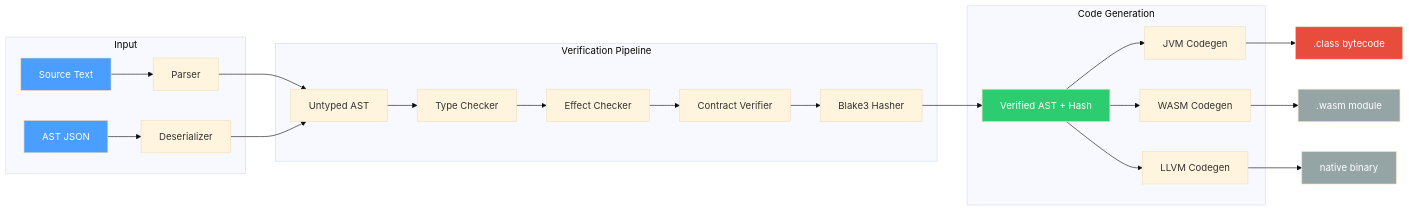
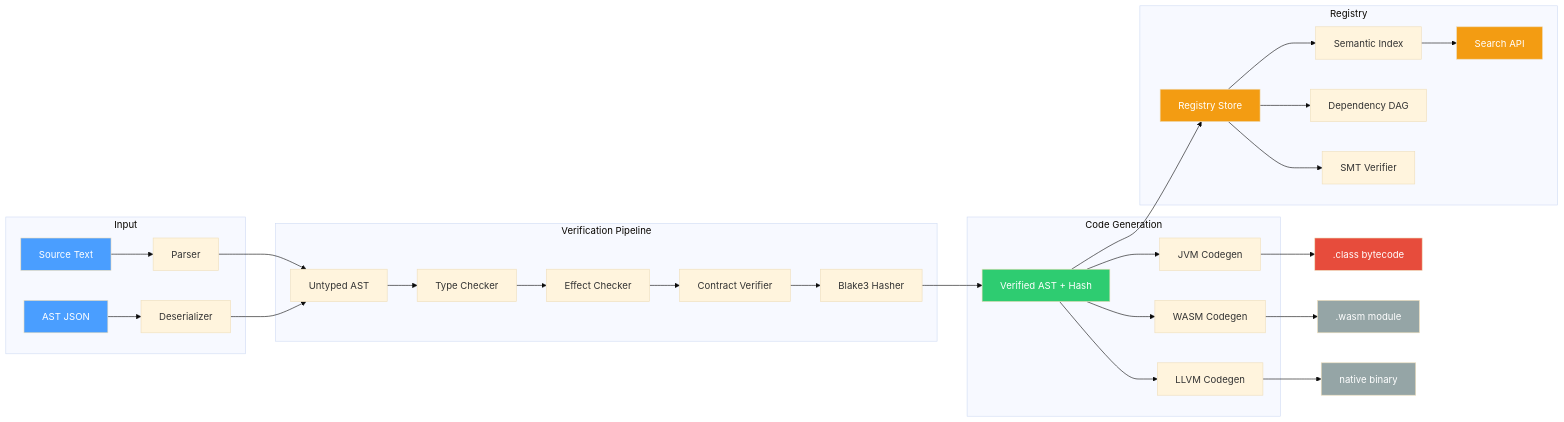
The first of 14 diagrams in README.md (sage3648/sigil), drawn with Mermaid (base theme) before and after one commit. The commit also changed other lines of this file, not shown here.

First line of the commit message:
Update README to cover Phase 2 registry infrastructure

````diff
--- a/README.md
+++ b/README.md
@@ -46,36 +47,46 @@
 ```mermaid
 graph LR
     subgraph Input
         A[Source Text] --> B[Parser]
         C[AST JSON] --> D[Deserializer]
     end
 
     B --> E[Untyped AST]
     D --> E
 
     subgraph "Verification Pipeline"
         E --> F[Type Checker]
         F --> G[Effect Checker]
         G --> H[Contract Verifier]
         H --> I[Blake3 Hasher]
     end
 
     I --> J[Verified AST + Hash]
 
     subgraph "Code Generation"
         J --> K[JVM Codegen]
         J --> L[WASM Codegen]
         J --> M[LLVM Codegen]
     end
 
+    subgraph "Registry"
+        J --> R[Registry Store]
+        R --> S[Semantic Index]
+        R --> T[Dependency DAG]
+        R --> U[SMT Verifier]
+        S --> V[Search API]
+    end
+
     K --> N[".class bytecode"]
     L --> O[".wasm module"]
     M --> P["native binary"]
 
     style A fill:#4a9eff,color:#fff
     style C fill:#4a9eff,color:#fff
     style J fill:#2ecc71,color:#fff
     style N fill:#e74c3c,color:#fff
     style O fill:#95a5a6,color:#fff
     style P fill:#95a5a6,color:#fff
+    style R fill:#f39c12,color:#fff
+    style V fill:#f39c12,color:#fff
 ```
````
